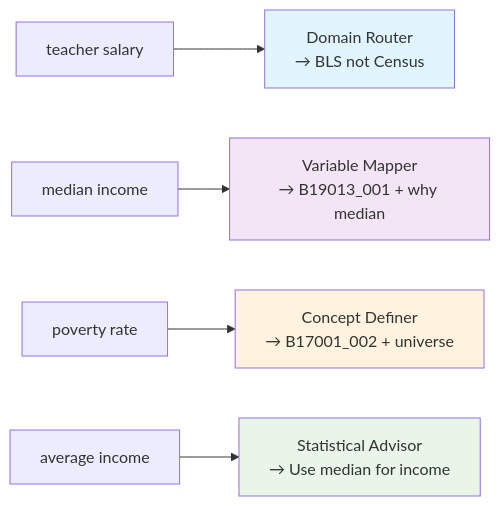
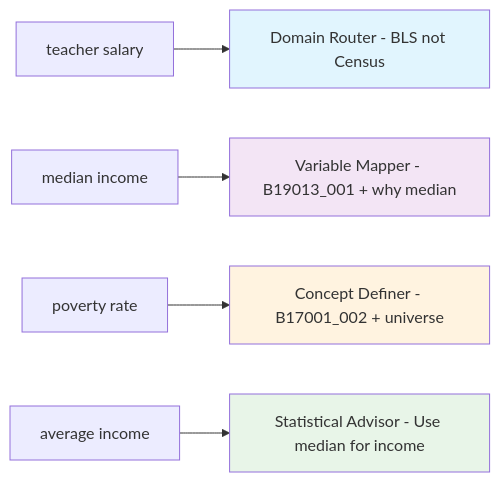
The third of 8 diagrams in enhanced_phase3_architecture.md (saikrmet/open-census-mcp-server), drawn with Mermaid before and after one commit. The commit also changed other lines of this file, not shown here.

````diff
--- a/enhanced_phase3_architecture.md
+++ b/enhanced_phase3_architecture.md
@@ -353,12 +413,12 @@
 ```mermaid
 graph LR
-    D1["teacher salary"] --> DT1[Domain Router<br/>→ BLS not Census]
-    D2["median income"] --> DT2[Variable Mapper<br/>→ B19013_001 + why median]
-    D3["poverty rate"] --> DT3[Concept Definer<br/>→ B17001_002 + universe]
-    D4["average income"] --> DT4[Statistical Advisor<br/>→ Use median for income]
+    D1[teacher salary] --> DT1[Domain Router - BLS not Census]
+    D2[median income] --> DT2[Variable Mapper - B19013_001 + why median]
+    D3[poverty rate] --> DT3[Concept Definer - B17001_002 + universe]
+    D4[average income] --> DT4[Statistical Advisor - Use median for income]
     
     style DT1 fill:#e1f5fe
     style DT2 fill:#f3e5f5  
     style DT3 fill:#fff3e0
     style DT4 fill:#e8f5e8
 ```
````
